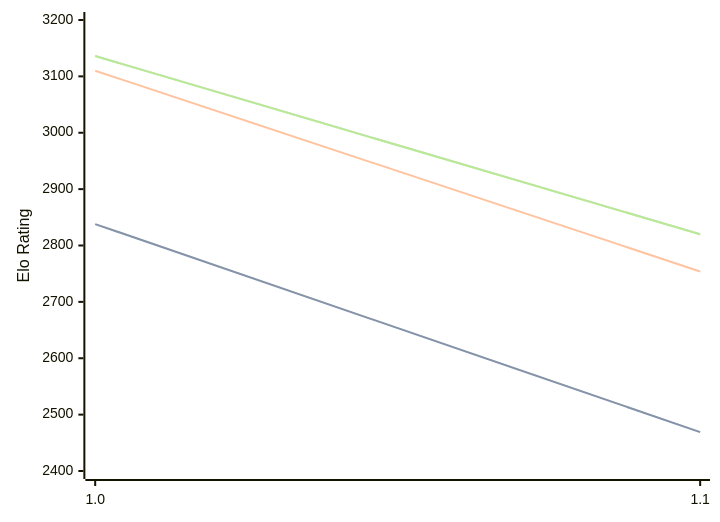
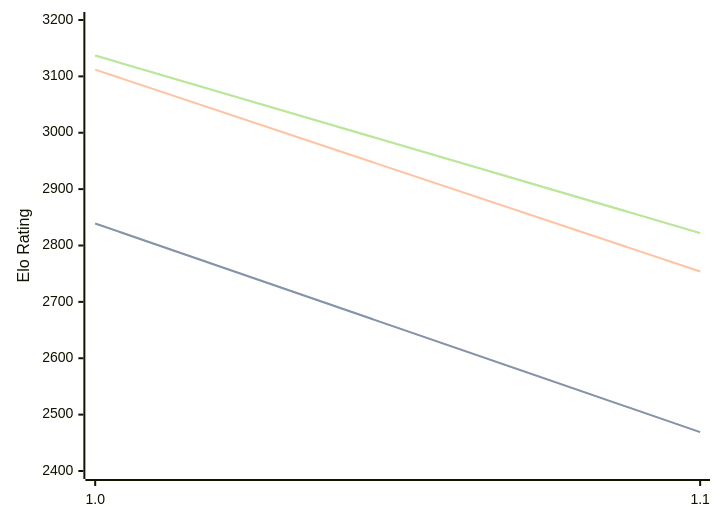
Before and after one commit to computer-chess-index/cci: the diagram in engines/Publius.md, drawn with Mermaid. The commit also changed other lines of this file, not shown here.

Commit message:
Update CCI Ratings (ELO VLTC) - 2026-09-14

````diff
--- a/engines/Publius.md
+++ b/engines/Publius.md
@@ -32,11 +32,11 @@
 ```mermaid
 %%{init: {"theme":"base","themeVariables":{"seriesColors:['#a3a3a3','#222221','#faa371']}}}%%
 xychart-beta
   x-axis ["1.0", "1.1"]
   y-axis "Elo Rating" 2400 --> 3200
-  line "" [2838, 2469]
-  line "STC (8.0+0.08s)" [2838, 2469]
-  line "LTC (60.0+0.60s)" [3110, 2754]
-  line "" [3136, 2820]
-  line "VLTC (2m24s+1.12s)" [3136, 2820]
+  line "" [2839, 2469]
+  line "STC (8.0+0.08s)" [2839, 2469]
+  line "LTC (60.0+0.60s)" [3112, 2754]
+  line "" [3137, 2822]
+  line "VLTC (2m24s+1.12s)" [3137, 2822]
 ```
````
